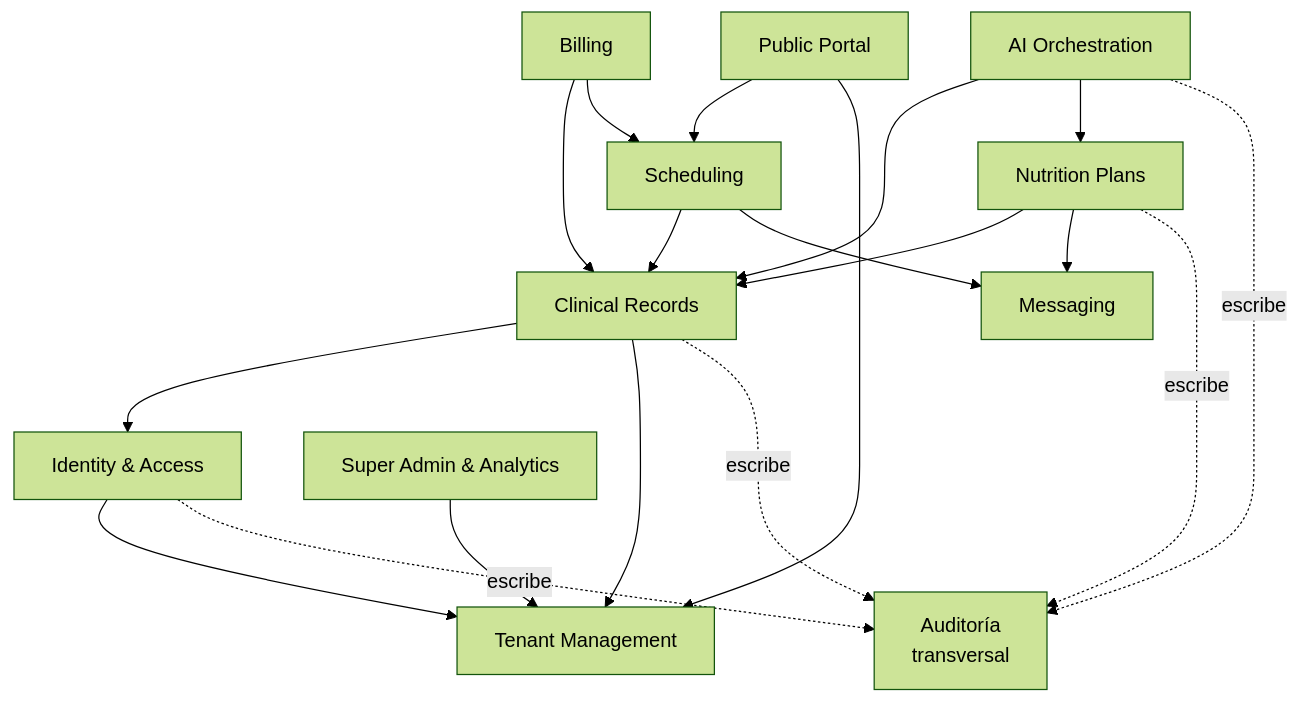
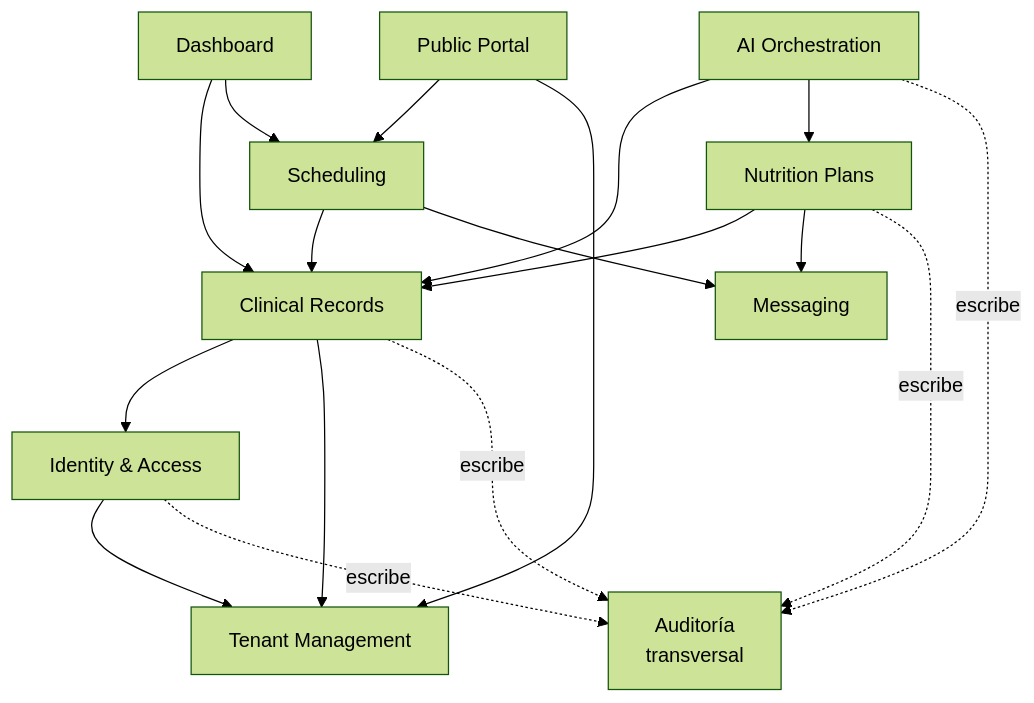
Before and after one commit to lvazquezmartinez/nutrilius: the diagram in MODULOS.md, drawn with Mermaid (forest theme). The commit also changed other lines of this file and 35 other files, not shown here.

````diff
--- a/MODULOS.md
+++ b/MODULOS.md
@@ -22,23 +22,22 @@
 ```mermaid
 graph TD
   AUD[Auditoría\ntransversal]
   IDN[Identity & Access] --> TEN[Tenant Management]
   CLI[Clinical Records] --> IDN
   CLI --> TEN
   SCH[Scheduling] --> CLI
-  BIL[Billing] --> CLI
-  BIL --> SCH
   PLN[Nutrition Plans] --> CLI
   AI[AI Orchestration] --> CLI
   AI --> PLN
   MSG[Messaging]
   PUB[Public Portal] --> SCH
   PUB --> TEN
+  DASH[Dashboard] --> CLI
+  DASH --> SCH
   PLN --> MSG
   SCH --> MSG
-  SA[Super Admin & Analytics] --> TEN
   IDN -.escribe.-> AUD
   CLI -.escribe.-> AUD
   PLN -.escribe.-> AUD
   AI -.escribe.-> AUD
 ```
````
